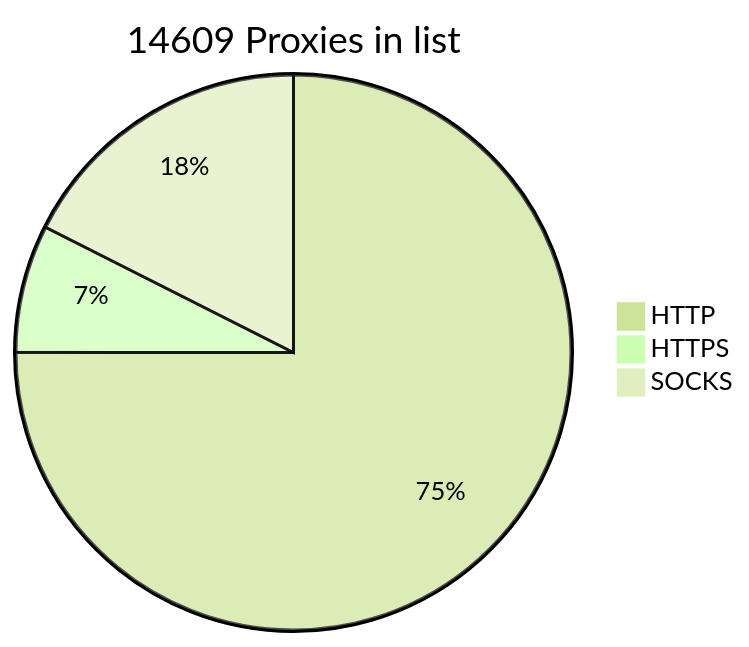
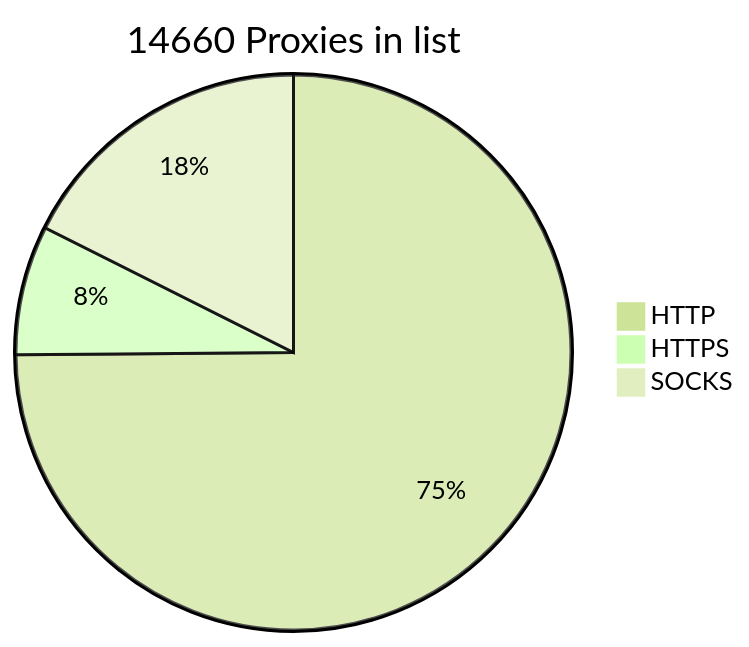
Before and after one commit to BlackSnowDot/proxylist-update-every-minute: the diagram in README.md, drawn with Mermaid (forest theme). The commit also changed other lines of this file, not shown here.

````diff
--- a/README.md
+++ b/README.md
@@ -2,6 +2,6 @@
 ```mermaid
-pie title 14609 Proxies in list
-    "HTTP" : 11171
-    "HTTPS": 1107
-    "SOCKS" : 2615
+pie title 14660 Proxies in list
+    "HTTP" : 11191
+    "HTTPS": 1126
+    "SOCKS" : 2630
 ```
````
